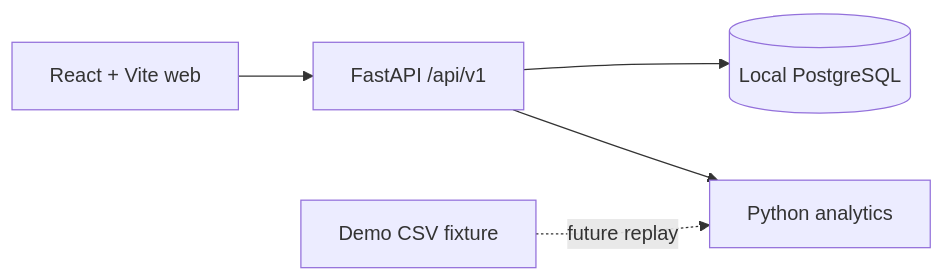
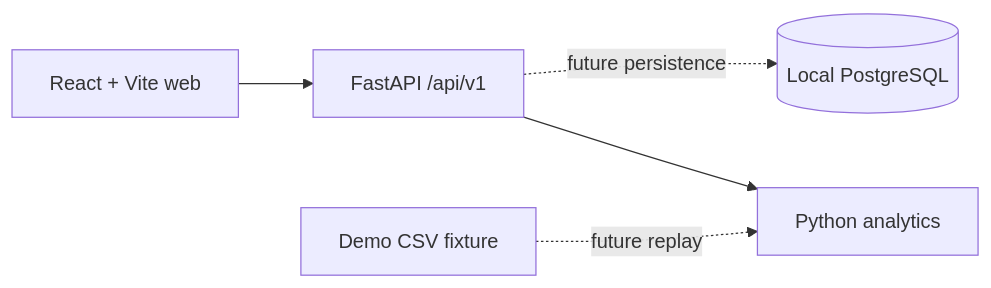
Before and after one commit to ribh76/GAITMATE_V2: the diagram in README.md, drawn with Mermaid. The commit also changed other lines of this file and 10 other files, not shown here.

````diff
--- a/README.md
+++ b/README.md
@@ -9,7 +9,7 @@
 ```mermaid
 flowchart LR
   Web[React + Vite web] --> API[FastAPI /api/v1]
-  API --> DB[(Local PostgreSQL)]
+  API -. future persistence .-> DB[(Local PostgreSQL)]
   API --> Analytics[Python analytics]
   Fixtures[Demo CSV fixture] -. future replay .-> Analytics
 ```
````
